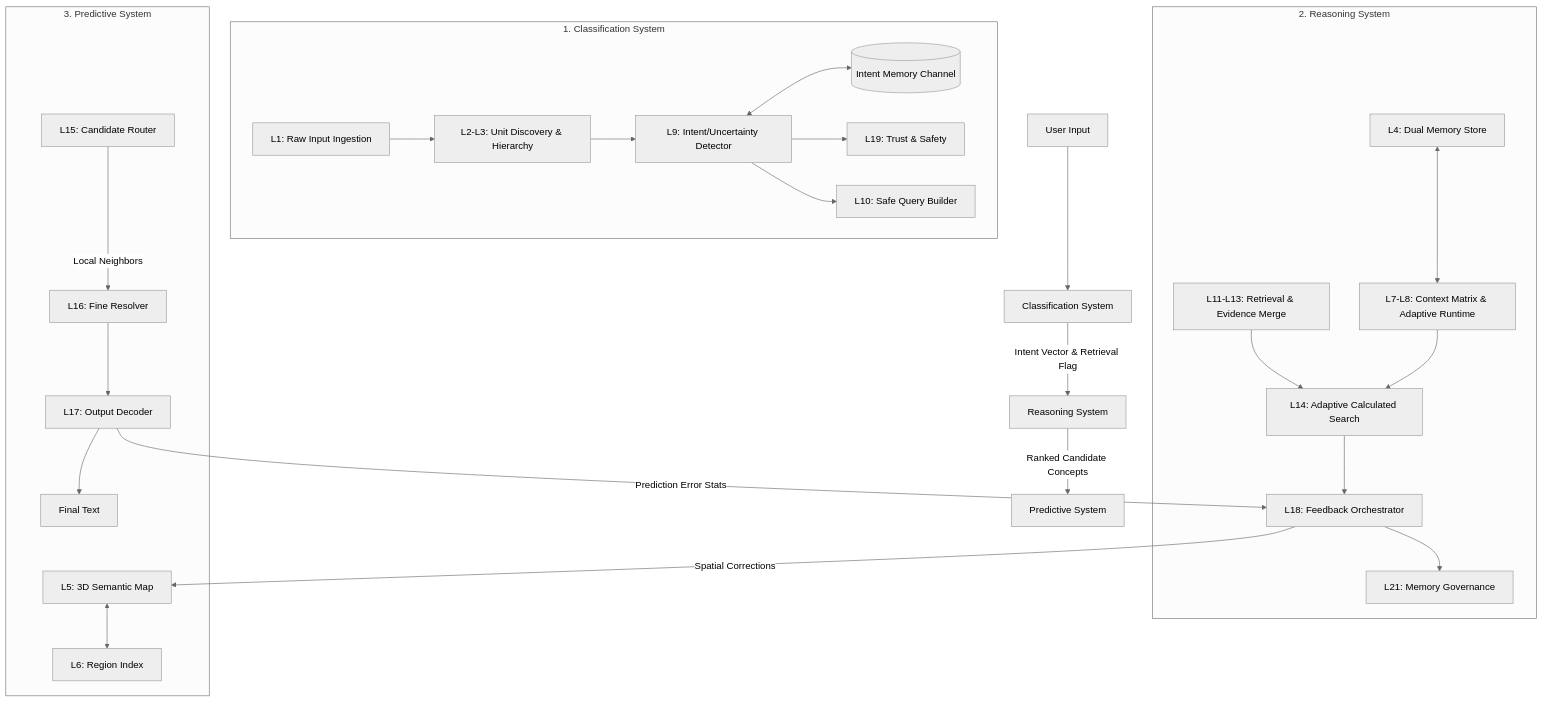
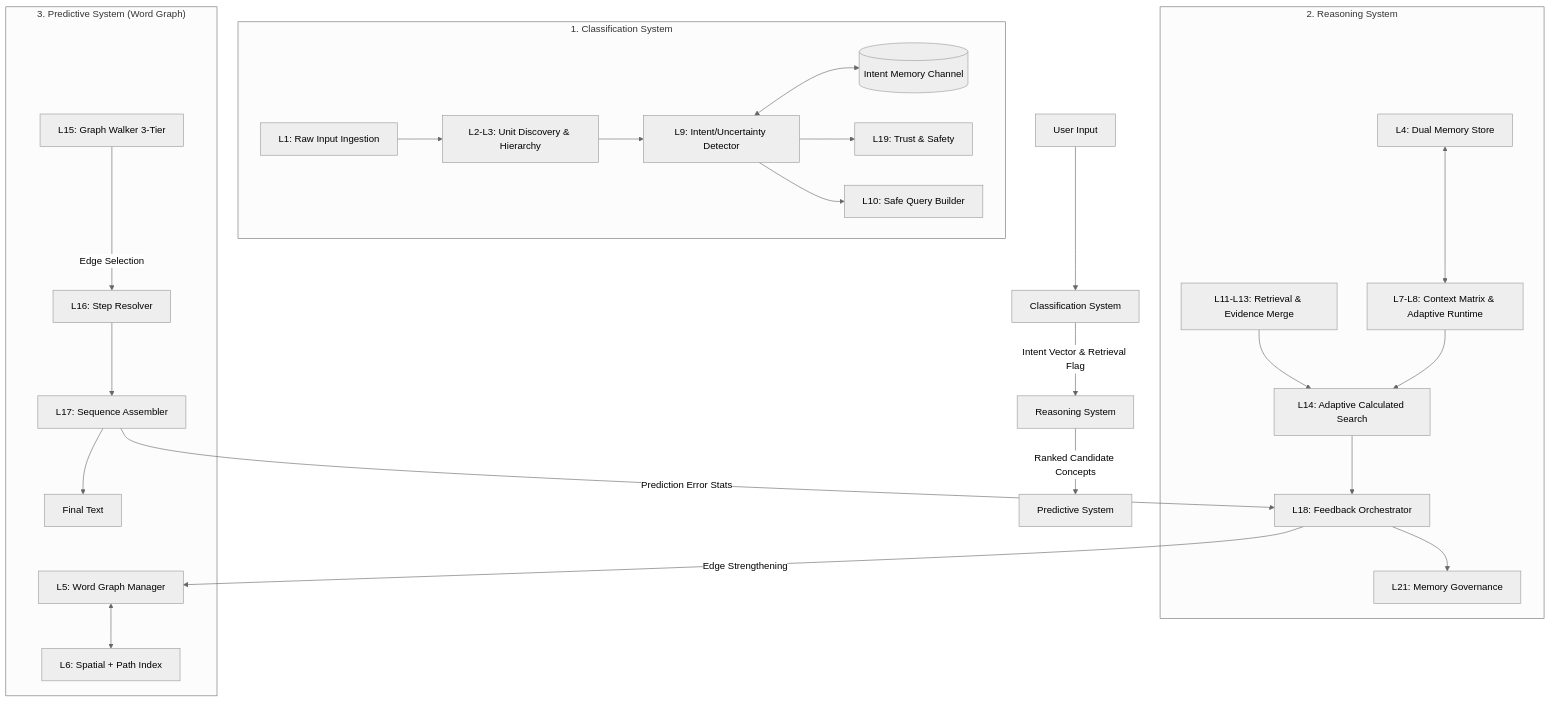
Before and after one commit to Hezron-Nelapati/spse_engine: the diagram in docs/SPSE_ARCHITECTURE_V11.1.md, drawn with Mermaid (neutral theme). The commit also changed other lines of this file and 1 other file, not shown here.

First line of the commit message:
docs: update architecture V13.0 — Word Graph Predictive System

````diff
--- a/docs/SPSE_ARCHITECTURE_V11.1.md
+++ b/docs/SPSE_ARCHITECTURE_V11.1.md
@@ -166,53 +167,53 @@
 ```mermaid
 graph TD
     User[User Input] --> ClassSys[Classification System]
 
     subgraph "1. Classification System"
         L1[L1: Raw Input Ingestion]
         L2_3[L2-L3: Unit Discovery & Hierarchy]
         L9[L9: Intent/Uncertainty Detector]
         L10[L10: Safe Query Builder]
         L19[L19: Trust & Safety]
         MemIntent[(Intent Memory Channel)]
 
         L1 --> L2_3 --> L9
         L9 <--> MemIntent
         L9 --> L19
         L9 --> L10
     end
 
     ClassSys -- "Intent Vector & Retrieval Flag" --> ReasonSys[Reasoning System]
 
     subgraph "2. Reasoning System"
         L4[L4: Dual Memory Store]
         L7_8[L7-L8: Context Matrix & Adaptive Runtime]
         L11_13[L11-L13: Retrieval & Evidence Merge]
         L14[L14: Adaptive Calculated Search]
         L18[L18: Feedback Orchestrator]
         L21[L21: Memory Governance]
 
         L4 <--> L7_8
         L11_13 --> L14
         L7_8 --> L14
         L14 --> L18
         L18 --> L21
     end
 
     ReasonSys -- "Ranked Candidate Concepts" --> PredSys[Predictive System]
 
-    subgraph "3. Predictive System"
-        L5[L5: 3D Semantic Map]
-        L6[L6: Region Index]
-        L15[L15: Candidate Router]
-        L16[L16: Fine Resolver]
-        L17[L17: Output Decoder]
+    subgraph "3. Predictive System (Word Graph)"
+        L5[L5: Word Graph Manager]
+        L6[L6: Spatial + Path Index]
+        L15[L15: Graph Walker 3-Tier]
+        L16[L16: Step Resolver]
+        L17[L17: Sequence Assembler]
 
         L5 <--> L6
-        L15 -- "Local Neighbors" --> L16
+        L15 -- "Edge Selection" --> L16
         L16 --> L17
         L17 --> Output[Final Text]
     end
 
     L17 -- "Prediction Error Stats" --> L18
-    L18 -- "Spatial Corrections" --> L5
+    L18 -- "Edge Strengthening" --> L5
 ```
````
